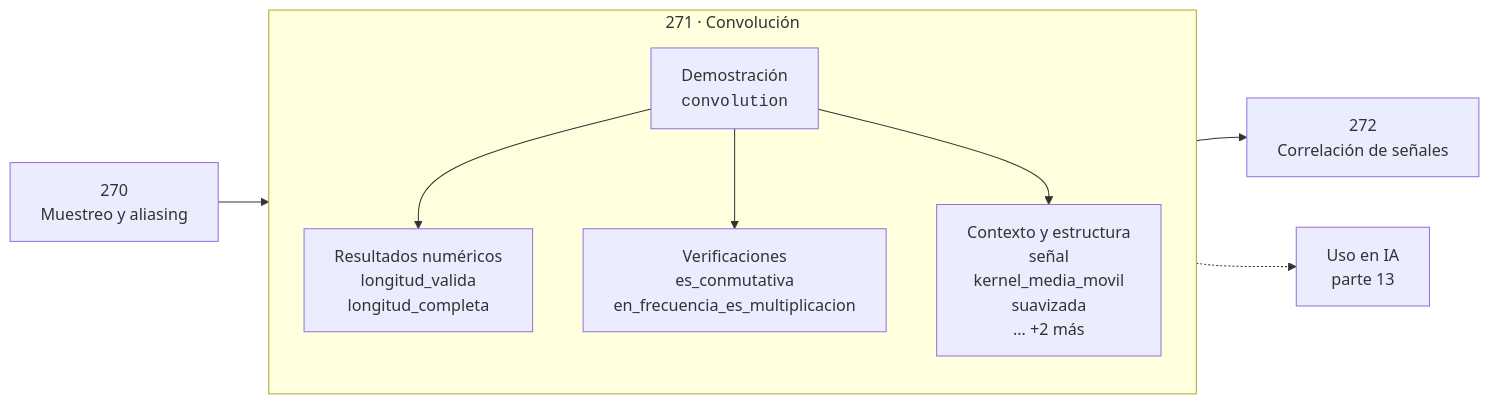
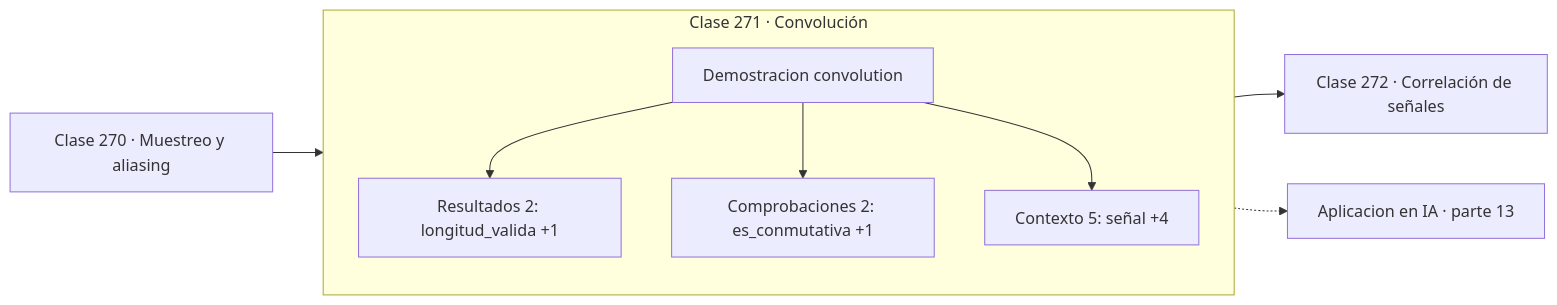
The diagram in classes/part-13-teoria-de-la-informacion-senales-y-series/271-convolucion/README.md (vladimiracunadev-create/computational-mathematics-program), drawn with Mermaid before and after one commit. The commit also changed 389 other files, not shown here.

First line of the commit message:
fix(diagramas): elimina el HTML de las etiquetas Mermaid

````diff
--- a/classes/part-13-teoria-de-la-informacion-senales-y-series/271-convolucion/README.md
+++ b/classes/part-13-teoria-de-la-informacion-senales-y-series/271-convolucion/README.md
@@ -30,12 +30,13 @@
 ```mermaid
 flowchart LR
-    P["270<br/>Muestreo y aliasing"] --> C
-    subgraph C["271 · Convolución"]
+    P["Clase 270 · Muestreo y aliasing"] --> D
+    subgraph CLASE["Clase 271 · Convolución"]
         direction TB
-        D["Demostración<br/><code>convolution</code>"] --> R["Resultados numéricos<br/>longitud_valida<br/>longitud_completa"]
-        D --> V["Verificaciones<br/>es_conmutativa<br/>en_frecuencia_es_multiplicacion"]
-        D --> O["Contexto y estructura<br/>señal<br/>kernel_media_movil<br/>suavizada<br/>… +2 más"]
+        D["Demostracion convolution"]
+        D --> R["Resultados 2: longitud_valida +1"]
+        D --> V["Comprobaciones 2: es_conmutativa +1"]
+        D --> O["Contexto 5: señal +4"]
     end
-    C --> N["272<br/>Correlación de señales"]
-    C -.-> IA["Uso en IA<br/>parte 13"]
+    R --> N["Clase 272 · Correlación de señales"]
+    V -.-> IA["Aplicacion en IA · parte 13"]
 ```
````
